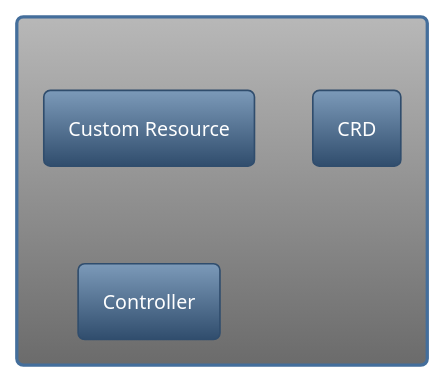
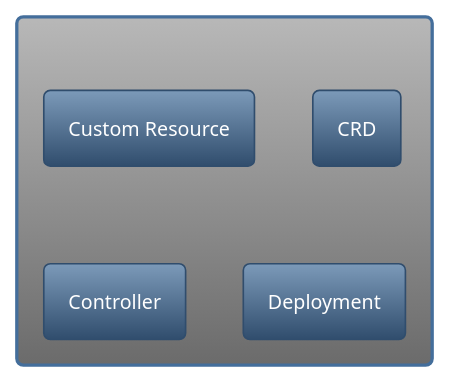
The second of 3 diagrams in README.md (Piotr1215/kubernetes-operators), drawn with PlantUML before and after one commit. The commit also changed other lines of this file, not shown here.

````diff
--- a/README.md
+++ b/README.md
@@ -112,18 +102,19 @@
 ```plantuml
 @startuml operator-components
 'Icons
 '!include <kubernetes/k8s-sprites-unlabeled-25pct>
 !theme spacelab
 
 skinparam componentStyle rectangle
 'mainframe **Operator Components**
 rectangle " " as operator {
 
     component "Custom Resource" as custom_resource
     component "CRD" as crd
     component "Controller" as controller
+    component "Deployment" as deployment
 
 }
 
 @enduml
 ```
````
